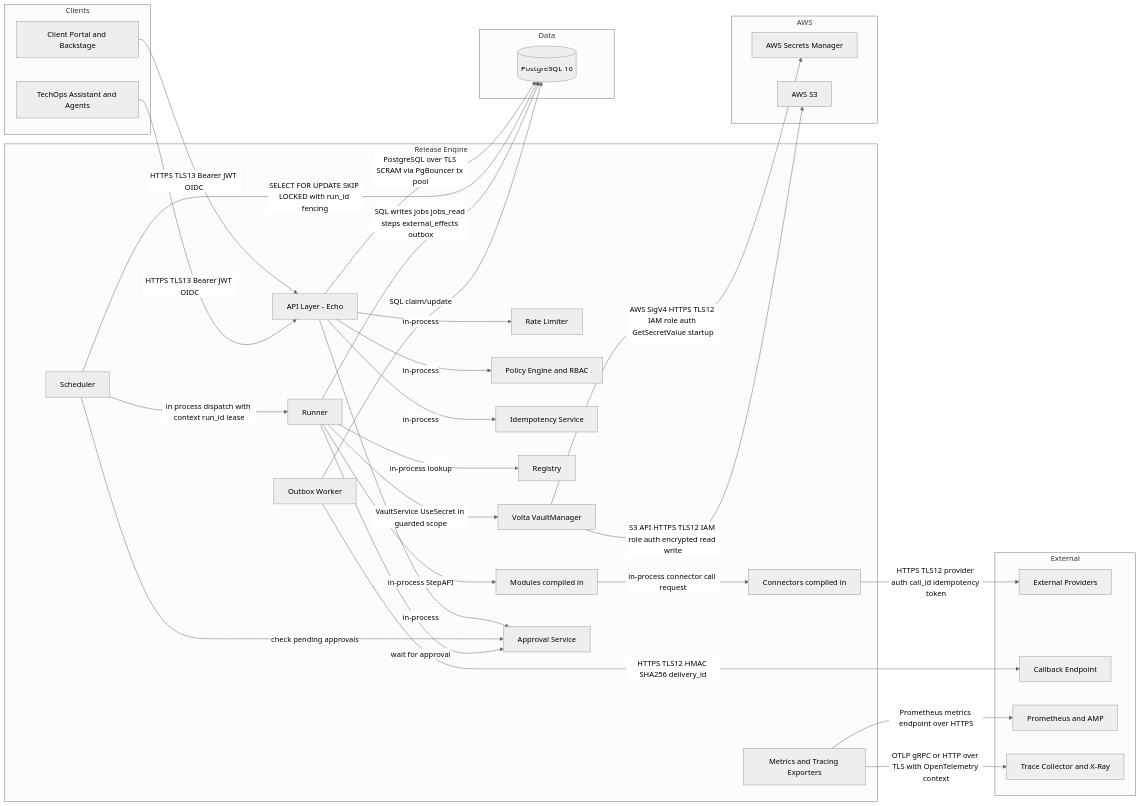
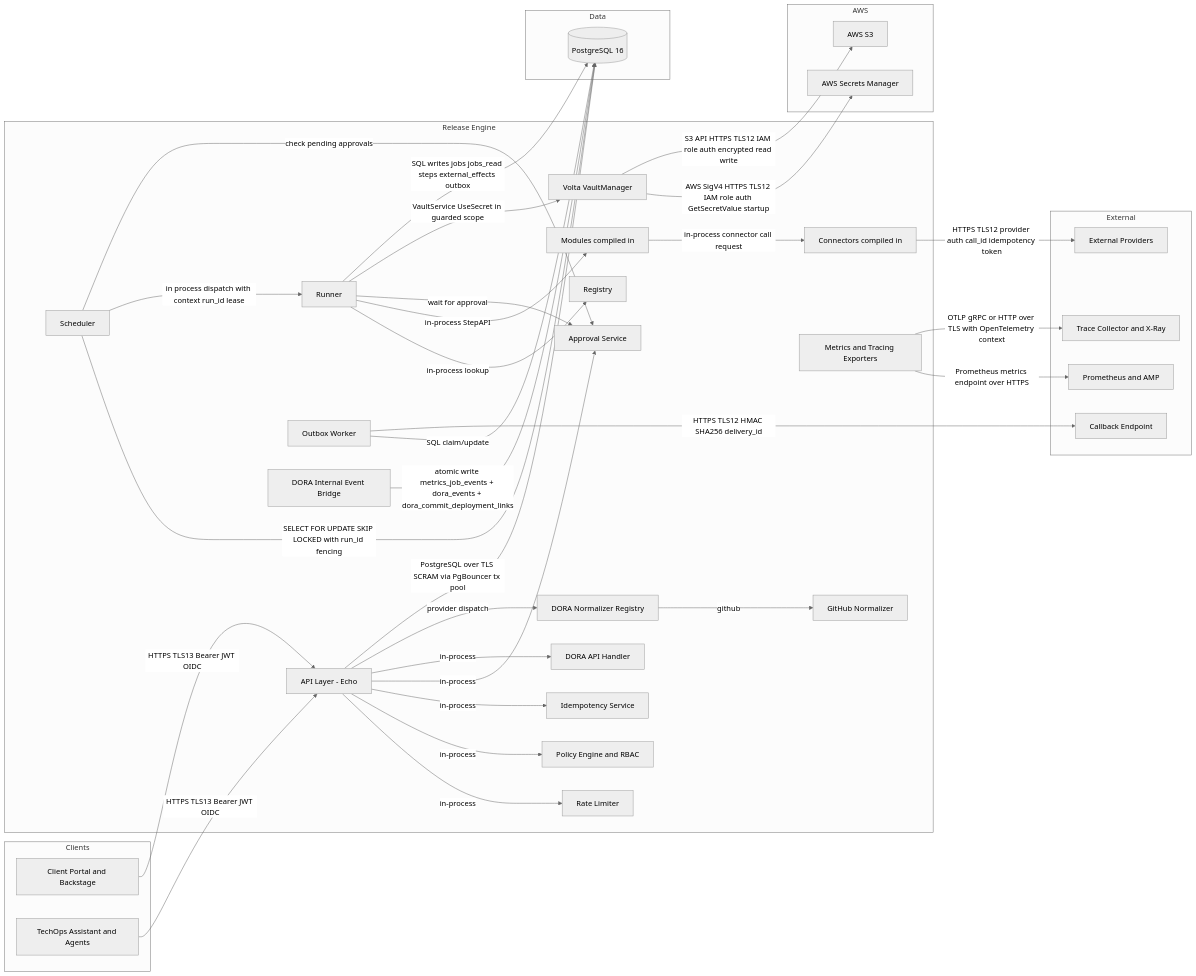
The first of 2 diagrams in docs/spec/phase-2-architecture.md (gatblau/release-engine), drawn with Mermaid (neutral theme) before and after one commit. The commit also changed other lines of this file and 30 other files, not shown here.

Commit message:
add DORA metrics

````diff
--- a/docs/spec/phase-2-architecture.md
+++ b/docs/spec/phase-2-architecture.md
@@ -13,69 +13,78 @@
 ```mermaid
 flowchart LR
   subgraph Clients["Clients"]
     Portal["Client Portal and Backstage"]
     AIOps["TechOps Assistant and Agents"]
   end
 
   subgraph RE["Release Engine"]
     API["API Layer - Echo"]
     RL[Rate Limiter]
     PE["Policy Engine and RBAC"]
     IDEM[Idempotency Service]
     SCH[Scheduler]
     RUN[Runner]
     REG[Registry]
     MOD["Modules compiled in"]
     CONN["Connectors compiled in"]
     VOLTA[Volta VaultManager]
     OUTBOX[Outbox Worker]
     OBS["Metrics and Tracing Exporters"]
     APPROVAL[Approval Service]
+    DORAAPI["DORA API Handler"]
+    DORABRIDGE["DORA Internal Event Bridge"]
+    DORAREG["DORA Normalizer Registry"]
+    GHNORM["GitHub Normalizer"]
   end
 
   subgraph Data["Data"]
     PG[(PostgreSQL 16)]
   end
 
   subgraph AWS["AWS"]
     SM[AWS Secrets Manager]
     S3[AWS S3]
   end
 
   subgraph External["External"]
     PROVIDER[External Providers]
     CALLBACK[Callback Endpoint]
     METRICS["Prometheus and AMP"]
     TRACE["Trace Collector and X-Ray"]
   end
 
   Portal -->|HTTPS TLS13 Bearer JWT OIDC| API
   AIOps -->|HTTPS TLS13 Bearer JWT OIDC| API
 
   API -->|in-process| RL
   API -->|in-process| PE
   API -->|in-process| IDEM
   API -->|in-process| APPROVAL
+  API -->|in-process| DORAAPI
+  API -->|provider dispatch| DORAREG
+  DORAREG -->|github| GHNORM
   API -->|PostgreSQL over TLS SCRAM via PgBouncer tx pool| PG
+
+  DORABRIDGE -->|atomic write metrics_job_events + dora_events + dora_commit_deployment_links| PG
 
   SCH -->|SELECT FOR UPDATE SKIP LOCKED with run_id fencing| PG
   SCH -->|in process dispatch with context run_id lease| RUN
   SCH -->|check pending approvals| APPROVAL
 
   RUN -->|in-process lookup| REG
   RUN -->|in-process StepAPI| MOD
   RUN -->|wait for approval| APPROVAL
   MOD -->|in-process connector call request| CONN
   RUN -->|VaultService UseSecret in guarded scope| VOLTA
   CONN -->|HTTPS TLS12 provider auth call_id idempotency token| PROVIDER
   RUN -->|SQL writes jobs jobs_read steps external_effects outbox| PG
 
   VOLTA -->|AWS SigV4 HTTPS TLS12 IAM role auth GetSecretValue startup| SM
   VOLTA -->|S3 API HTTPS TLS12 IAM role auth encrypted read write| S3
 
   OUTBOX -->|SQL claim/update| PG
   OUTBOX -->|HTTPS TLS12 HMAC SHA256 delivery_id| CALLBACK
 
   OBS -->|Prometheus metrics endpoint over HTTPS| METRICS
   OBS -->|OTLP gRPC or HTTP over TLS with OpenTelemetry context| TRACE
 ```
````
